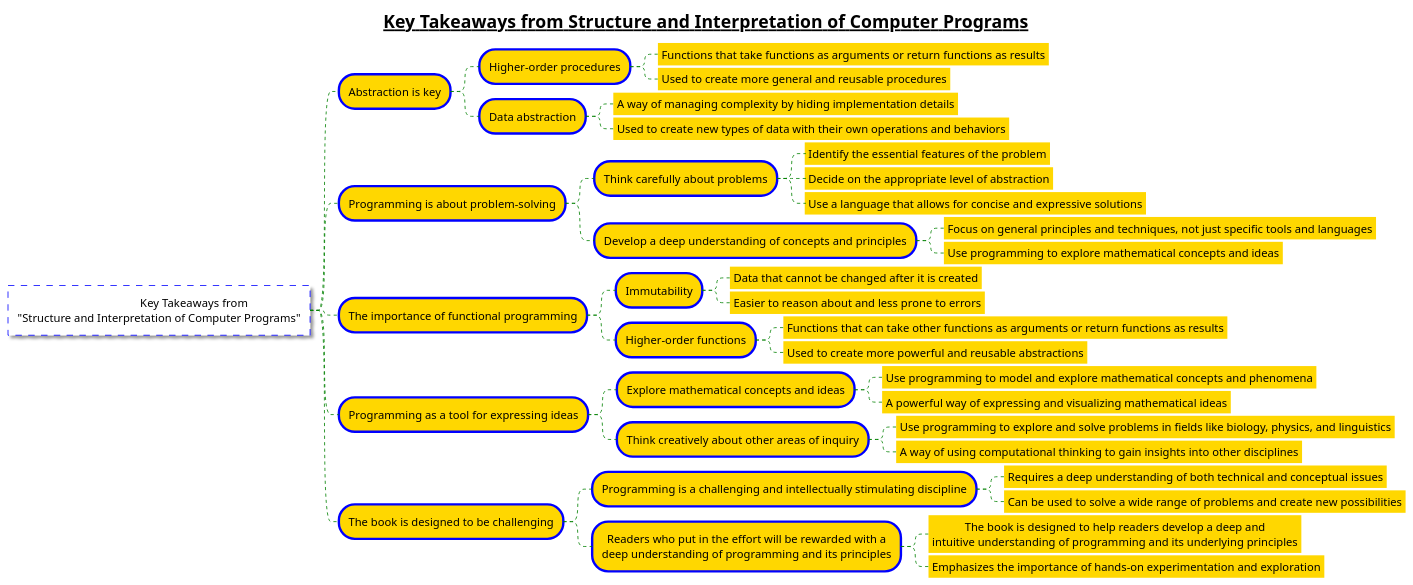
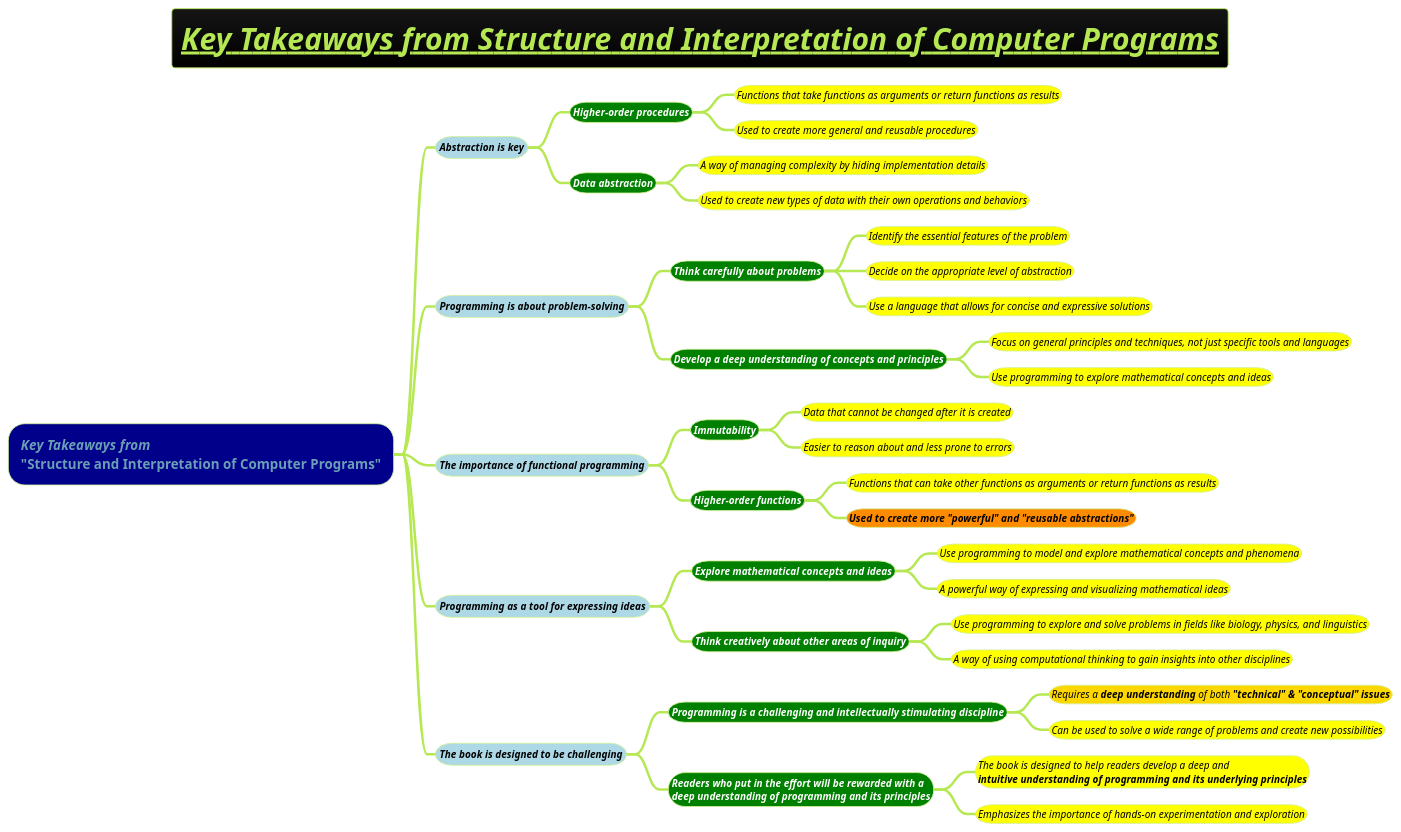
One commit to MehmoodHashmi/Documentation-as-Code-DaC changed the diagram in docs/books/1-books-backlog/recommended by uncle bob/Structure-and-Interpretation-of-Computer-Programs.puml. Above: the diagram before and after it, drawn with PlantUML. The commit also changed 3 other files, not shown here.

```diff
--- a/docs/books/1-books-backlog/recommended by uncle bob/Structure-and-Interpretation-of-Computer-Programs.puml
+++ b/docs/books/1-books-backlog/recommended by uncle bob/Structure-and-Interpretation-of-Computer-Programs.puml
@@ -1,75 +1,77 @@
 @startmindmap
-<style>
-node {
-    Padding 12
-    Margin 3
-    HorizontalAlignment center
-    LineColor blue
-    LineThickness 3.0
-    BackgroundColor gold
-    RoundCorner 40
-    MaximumWidth 1000
-}
+'<style>
+'node {
+'    Padding 12
+'    Margin 3
+'    HorizontalAlignment center
+'    LineColor blue
+'    LineThickness 3.0
+'    BackgroundColor gold
+'    RoundCorner 40
+'    MaximumWidth 1000
+'}
+'
+'rootNode {
+'    LineStyle 8.0;3.0
+'    LineColor red
+'    BackgroundColor white
+'    LineThickness 1.0
+'    RoundCorner 0
+'    Shadowing 1.0
+'}
+'
+'leafNode {
+'    LineColor gold
+'    RoundCorner 0
+'    Padding 3
+'}
+'
+'arrow {
+'    LineStyle 4
+'    LineThickness 1.0
+'    LineColor green
+'}
+'</style>
+title =<i><b><u>Key Takeaways from Structure and Interpretation of Computer Programs
+!theme hacker
 
-rootNode {
-    LineStyle 8.0;3.0
-    LineColor red
-    BackgroundColor white
-    LineThickness 1.0
-    RoundCorner 0
-    Shadowing 1.0
-}
 
-leafNode {
-    LineColor gold
-    RoundCorner 0
-    Padding 3
-}
 
-arrow {
-    LineStyle 4
-    LineThickness 1.0
-    LineColor green
-}
-</style>
-
-title =__Key Takeaways from Structure and Interpretation of Computer Programs__
-
-* \t\t\tKey Takeaways from \n"Structure and Interpretation of Computer Programs"
-** Abstraction is key
-*** Higher-order procedures
-**** Functions that take functions as arguments or return functions as results
-**** Used to create more general and reusable procedures
-*** Data abstraction
-**** A way of managing complexity by hiding implementation details
-**** Used to create new types of data with their own operations and behaviors
-** Programming is about problem-solving
-*** Think carefully about problems
-**** Identify the essential features of the problem
-**** Decide on the appropriate level of abstraction
-**** Use a language that allows for concise and expressive solutions
-*** Develop a deep understanding of concepts and principles
-**** Focus on general principles and techniques, not just specific tools and languages
-**** Use programming to explore mathematical concepts and ideas
-** The importance of functional programming
-*** Immutability
-**** Data that cannot be changed after it is created
-**** Easier to reason about and less prone to errors
-*** Higher-order functions
-**** Functions that can take other functions as arguments or return functions as results
-**** Used to create more powerful and reusable abstractions
-** Programming as a tool for expressing ideas
-*** Explore mathematical concepts and ideas
-**** Use programming to model and explore mathematical concepts and phenomena
-**** A powerful way of expressing and visualizing mathematical ideas
-*** Think creatively about other areas of inquiry
-**** Use programming to explore and solve problems in fields like biology, physics, and linguistics
-**** A way of using computational thinking to gain insights into other disciplines
-** The book is designed to be challenging
-*** Programming is a challenging and intellectually stimulating discipline
-**** Requires a deep understanding of both technical and conceptual issues
-**** Can be used to solve a wide range of problems and create new possibilities
-*** Readers who put in the effort will be rewarded with a \ndeep understanding of programming and its principles
-**** The book is designed to help readers develop a deep and \nintuitive understanding of programming and its underlying principles
-**** Emphasizes the importance of hands-on experimentation and exploration
+*[#darkblue] <i>Key Takeaways from \n"Structure and Interpretation of Computer Programs"
+**[#lightblue] <i><color #black><size:12>Abstraction is key
+***[#green] <b><i><color #white><size:12>Higher-order procedures
+****[#yellow] <i><color #black><size:12>Functions that take functions as arguments or return functions as results
+****[#yellow] <i><color #black><size:12>Used to create more general and reusable procedures
+***[#green] <b><i><color #white><size:12>Data abstraction
+****[#yellow] <i><color #black><size:12>A way of managing complexity by hiding implementation details
+****[#yellow] <i><color #black><size:12>Used to create new types of data with their own operations and behaviors
+**[#lightblue] <i><color #black><size:12>Programming is about problem-solving
+***[#green] <b><i><color #white><size:12>Think carefully about problems
+****[#yellow] <i><color #black><size:12>Identify the essential features of the problem
+****[#yellow] <i><color #black><size:12>Decide on the appropriate level of abstraction
+****[#yellow] <i><color #black><size:12>Use a language that allows for concise and expressive solutions
+***[#green] <b><i><color #white><size:12>Develop a deep understanding of concepts and principles
+****[#yellow] <i><color #black><size:12>Focus on general principles and techniques, not just specific tools and languages
+****[#yellow] <i><color #black><size:12>Use programming to explore mathematical concepts and ideas
+**[#lightblue] <i><color #black><size:12>The importance of functional programming
+***[#green] <b><i><color #white><size:12>Immutability
+****[#yellow] <i><color #black><size:12>Data that cannot be changed after it is created
+****[#yellow] <i><color #black><size:12>Easier to reason about and less prone to errors
+***[#green] <b><i><color #white><size:12>Higher-order functions
+****[#yellow] <i><color #black><size:12>Functions that can take other functions as arguments or return functions as results
+****[#darkorange] <i><color #black><size:12><b>Used to create more "powerful" and "reusable abstractions"
+**[#lightblue] <i><color #black><size:12>Programming as a tool for expressing ideas
+***[#green] <b><i><color #white><size:12>Explore mathematical concepts and ideas
+****[#yellow] <i><color #black><size:12>Use programming to model and explore mathematical concepts and phenomena
+****[#yellow] <i><color #black><size:12>A powerful way of expressing and visualizing mathematical ideas
+***[#green] <b><i><color #white><size:12>Think creatively about other areas of inquiry
+****[#yellow] <i><color #black><size:12>Use programming to explore and solve problems in fields like biology, physics, and linguistics
+****[#yellow] <i><color #black><size:12>A way of using computational thinking to gain insights into other disciplines
+**[#lightblue] <i><color #black><size:12>The book is designed to be challenging
+***[#green] <b><i><color #white><size:12>Programming is a challenging and intellectually stimulating discipline
+****[#gold] <i><color #black><size:12>Requires a **deep understanding** of both <b>"technical" & "conceptual" issues
+****[#yellow] <i><color #black><size:12>Can be used to solve a wide range of problems and create new possibilities
+***[#green] <b><i><color #white><size:12>Readers who put in the effort will be rewarded with a \n<b><i><color #white><size:12>deep understanding of programming and its principles
+****[#yellow] <i><color #black><size:12>The book is designed to help readers develop a deep and \n<b><i><color #black><size:12>intuitive understanding of programming and its underlying principles
+****[#yellow] <i><color #black><size:12>Emphasizes the importance of hands-on experimentation and exploration
 @endmindmap
```
